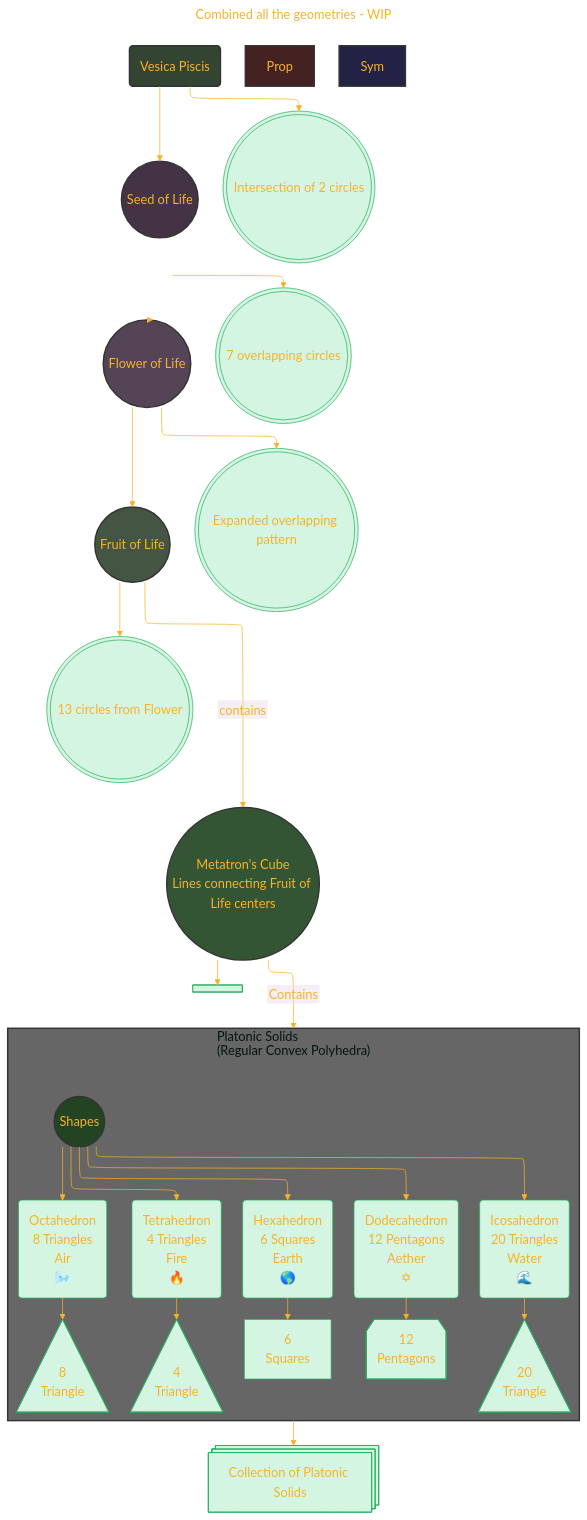
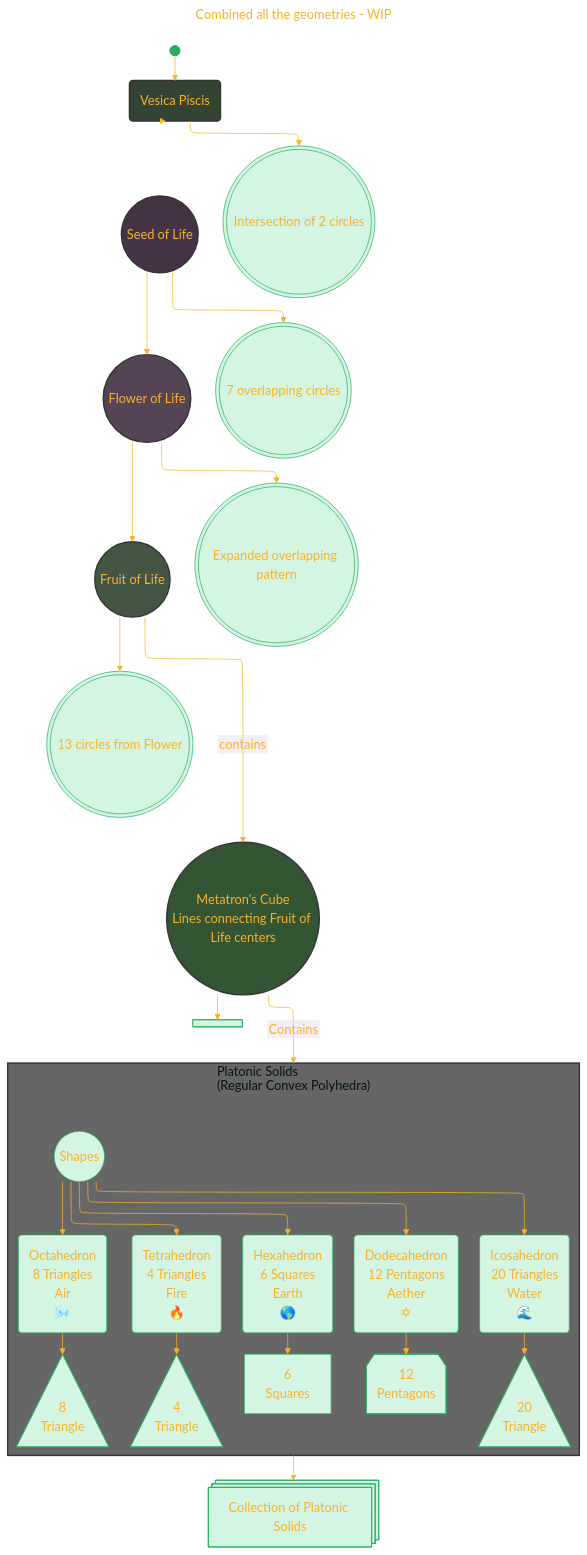
One commit to CongLeSolutionX/Harmonic_Atomica changed the fifth of 6 diagrams in Understanding_Sacred_Geometry.md. Above: the diagram before and after it, drawn with Mermaid. The commit also changed other lines of this file, not shown here.

Commit message:
update notes

````diff
--- a/Understanding_Sacred_Geometry.md
+++ b/Understanding_Sacred_Geometry.md
@@ -365,6 +367,7 @@
   }
 }%%
 flowchart TD
+	A_0@{ shape: f-circ, label: "The Initial Beginning" }
     Vesica_Piscis("Vesica Piscis")
     Seed_of_Life(("Seed of Life"))
     Flower_of_Life(("Flower of Life"))
@@ -372,7 +375,7 @@
     Metatron_Cube(("Metatron's Cube<br/>Lines connecting Fruit of Life centers"))
     Platonic_Solids["Platonic Solids"]
 
-
+	A_0 --> Vesica_Piscis
 	Vesica_Piscis --> Seed_of_Life
 	Vesica_Piscis --> Vesica_Piscis_Expansion
 	Vesica_Piscis_Expansion@{ shape: dbl-circ, label: "Intersection of 2 circles" }
@@ -433,8 +436,8 @@
         
     end
 
-    style PS fill:#242,stroke:#333,stroke-width:2px
-    style Prop fill:#422,stroke:#333,stroke-width:2px
-    style Sym fill:#224,stroke:#333,stroke-width:2px
+    %% style PS fill:#242,stroke:#333,stroke-width:2px
+    %% style Prop fill:#422,stroke:#333,stroke-width:2px
+    %% style Sym fill:#224,stroke:#333,stroke-width:2px
 
 ```
````
